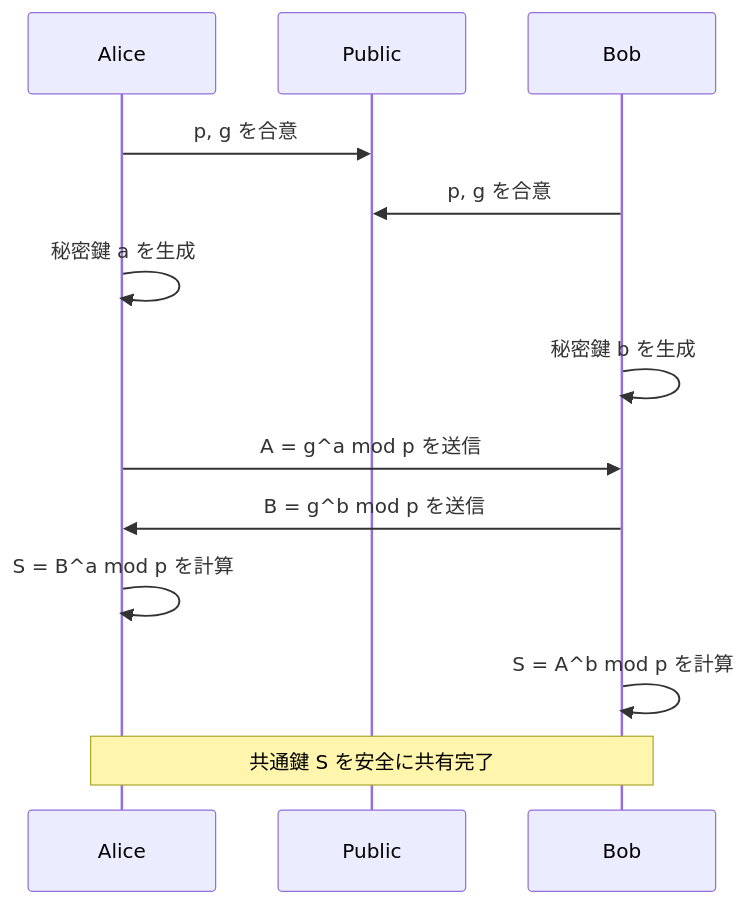
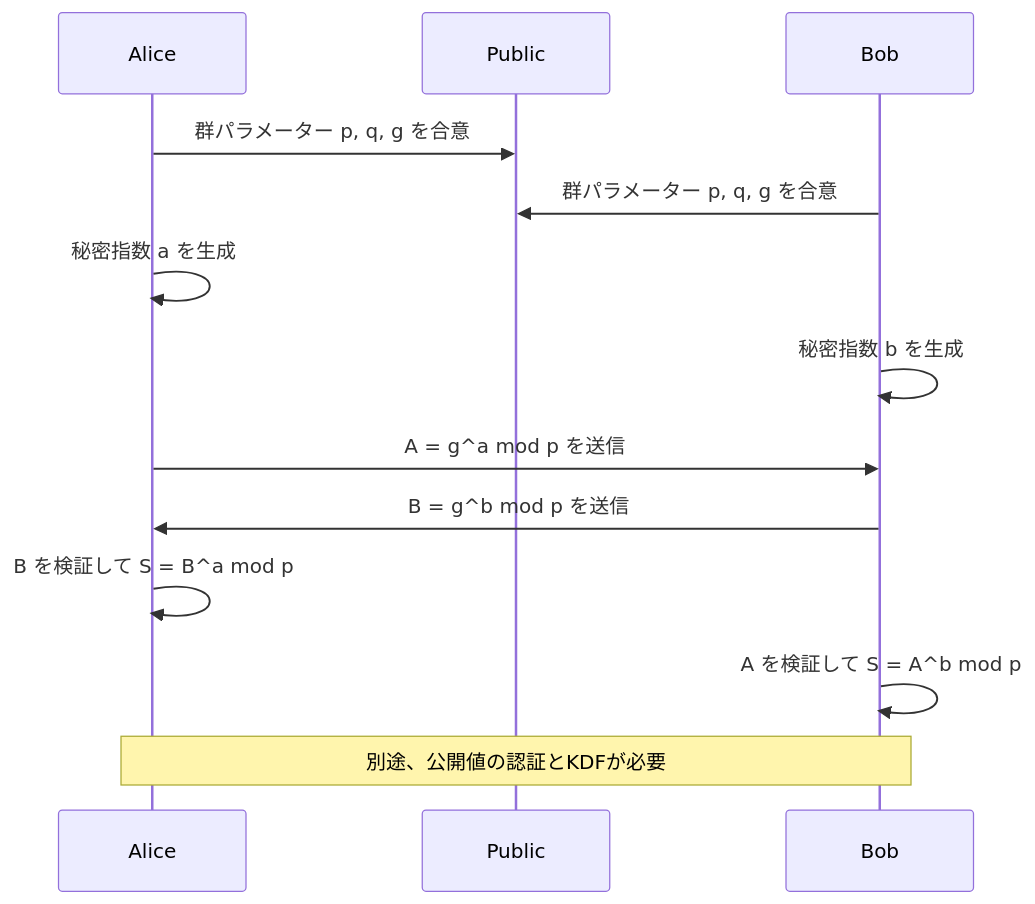
One commit to kenjinote/blog changed the first of 2 diagrams in content/post/public-key-cryptography-rsa-ecc/index.md. Above: the diagram before and after it, drawn with Mermaid. The commit also changed other lines of this file and 8 other files, not shown here.

````diff
--- a/content/post/public-key-cryptography-rsa-ecc/index.md
+++ b/content/post/public-key-cryptography-rsa-ecc/index.md
@@ -38,15 +50,15 @@
 ```mermaid
 sequenceDiagram
     participant Alice
     participant Public
     participant Bob
-    Alice->>Public: p, g を合意
-    Bob->>Public: p, g を合意
-    Alice->>Alice: 秘密鍵 a を生成
-    Bob->>Bob: 秘密鍵 b を生成
+    Alice->>Public: 群パラメーター p, q, g を合意
+    Bob->>Public: 群パラメーター p, q, g を合意
+    Alice->>Alice: 秘密指数 a を生成
+    Bob->>Bob: 秘密指数 b を生成
     Alice->>Bob: A = g^a mod p を送信
     Bob->>Alice: B = g^b mod p を送信
-    Alice->>Alice: S = B^a mod p を計算
-    Bob->>Bob: S = A^b mod p を計算
-    Note over Alice,Bob: 共通鍵 S を安全に共有完了
+    Alice->>Alice: B を検証して S = B^a mod p
+    Bob->>Bob: A を検証して S = A^b mod p
+    Note over Alice,Bob: 別途、公開値の認証とKDFが必要
 ```
````
